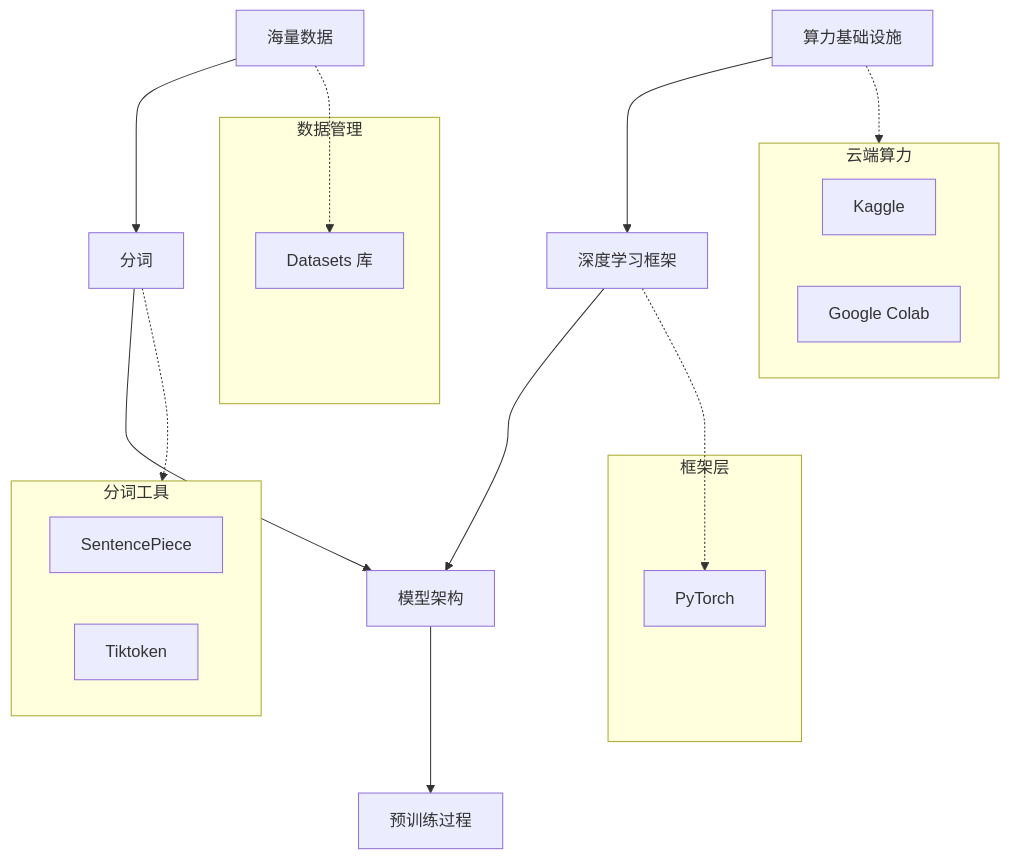
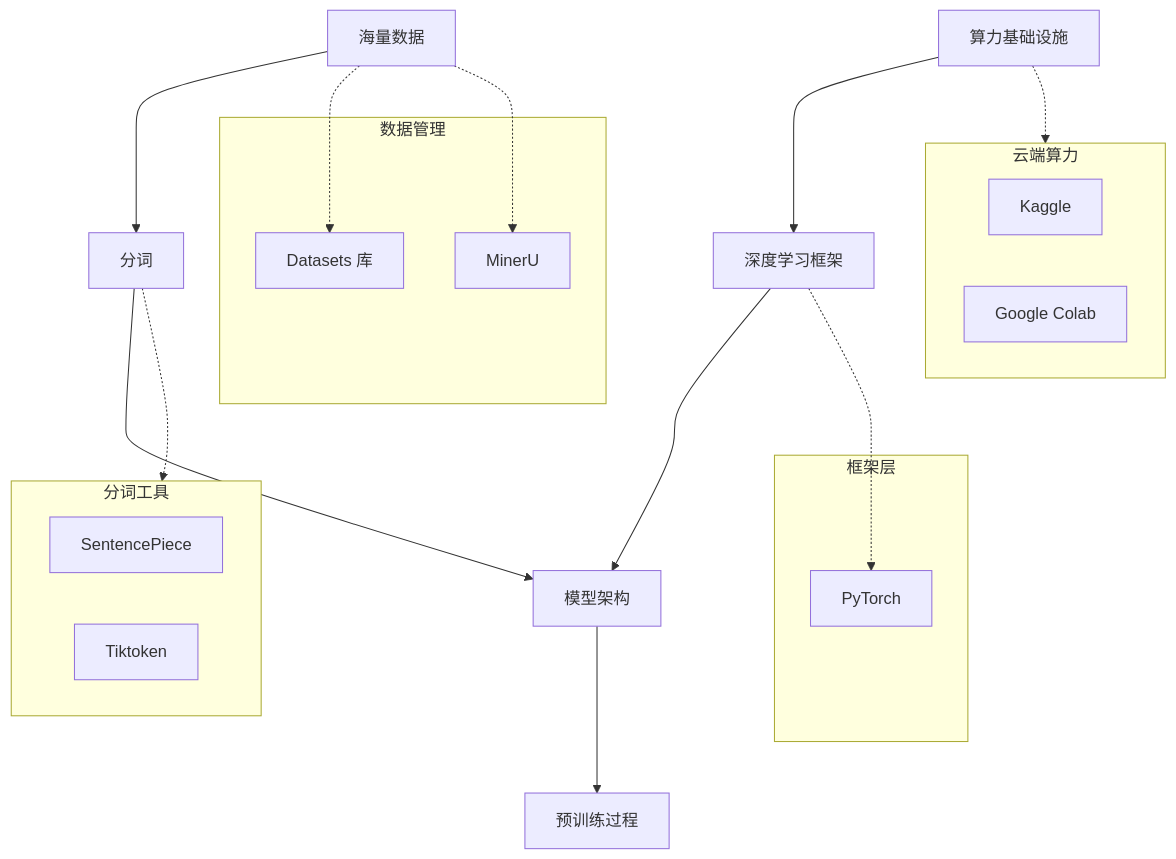
Before and after one commit to cruldra/notes3: the first of 6 diagrams in docs/AI/llm_graph.md, drawn with Mermaid. The commit also changed other lines of this file and 3 other files, not shown here.

First line of the commit message:
📝 docs(计算机视觉): 添加计算机视觉知识图谱文档

````diff
--- a/docs/AI/llm_graph.md
+++ b/docs/AI/llm_graph.md
@@ -11,31 +11,33 @@
 ```mermaid
 graph TD
     Data[海量数据] --> Tokenization[分词]
     Tokenization --> Architecture[模型架构]
     Framework[深度学习框架] --> Architecture
     Infrastructure[算力基础设施] --> Framework
     Architecture --> Pretraining[预训练过程]
     
     subgraph Frameworks [框架层]
         Torch[PyTorch]
     end
     
     subgraph DataManagement [数据管理]
         Datasets[Datasets 库]
+        MinerU[MinerU]
     end
 
     subgraph Tokenizers [分词工具]
         SentencePiece
         Tiktoken
     end
     
     subgraph Compute [云端算力]
         Kaggle[Kaggle]
         Colab[Google Colab]
     end
     
     Data -.-> Datasets
+    Data -.-> MinerU
     Tokenization -.-> Tokenizers
     Framework -.-> Torch
     Infrastructure -.-> Compute
 ```
````
